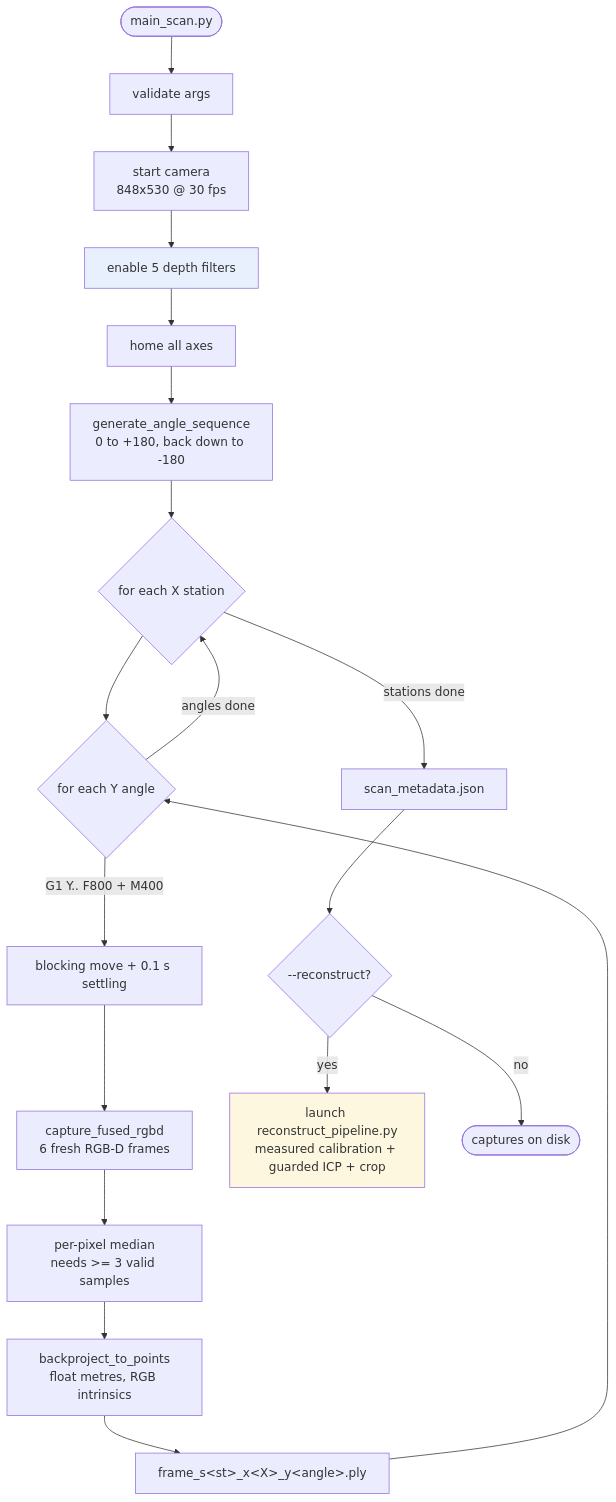
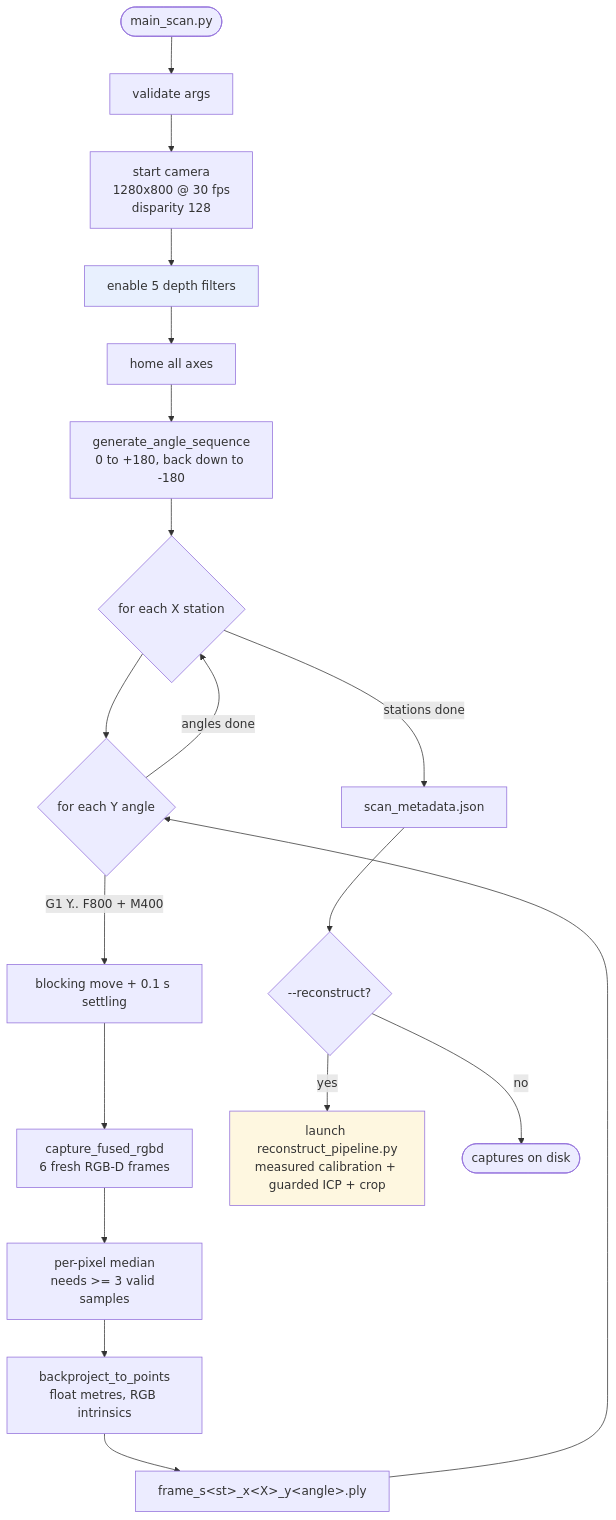
The third of 7 diagrams in scripts/sync_workflow/WORKFLOW.md (RishWijewardhena/Hena-Jet), drawn with Mermaid before and after one commit. The commit also changed 6 other files, not shown here.

````diff
--- a/scripts/sync_workflow/WORKFLOW.md
+++ b/scripts/sync_workflow/WORKFLOW.md
@@ -102,25 +102,25 @@
 ```mermaid
 flowchart TD
     START([main_scan.py]) --> VAL[validate args]
-    VAL --> CAM[start camera<br/>848x530 @ 30 fps]
+    VAL --> CAM[start camera<br/>1280x800 @ 30 fps<br/>disparity 128]
     CAM --> FILT["enable 5 depth filters"]
     FILT --> HOME[home all axes]
     HOME --> PLAN["generate_angle_sequence<br/>0 to +180, back down to -180"]
 
     PLAN --> XLOOP{for each X station}
     XLOOP --> YLOOP{for each Y angle}
     YLOOP -->|"G1 Y.. F800 + M400"| SETTLE[blocking move + 0.1 s settling]
     SETTLE --> BURST["capture_fused_rgbd<br/>6 fresh RGB-D frames"]
     BURST --> FUSE["per-pixel median<br/>needs &gt;= 3 valid samples"]
     FUSE --> PROJ["backproject_to_points<br/>float metres, RGB intrinsics"]
     PROJ --> SAVE["frame_s&lt;st&gt;_x&lt;X&gt;_y&lt;angle&gt;.ply"]
     SAVE --> YLOOP
     YLOOP -->|angles done| XLOOP
     XLOOP -->|stations done| META[scan_metadata.json]
     META --> RECON{"--reconstruct?"}
     RECON -->|yes| SUB["launch reconstruct_pipeline.py<br/>measured calibration + guarded ICP + crop"]
     RECON -->|no| DONE([captures on disk])
 
     style FILT fill:#e8f0fe
     style SUB fill:#fef7e0
 ```
````
